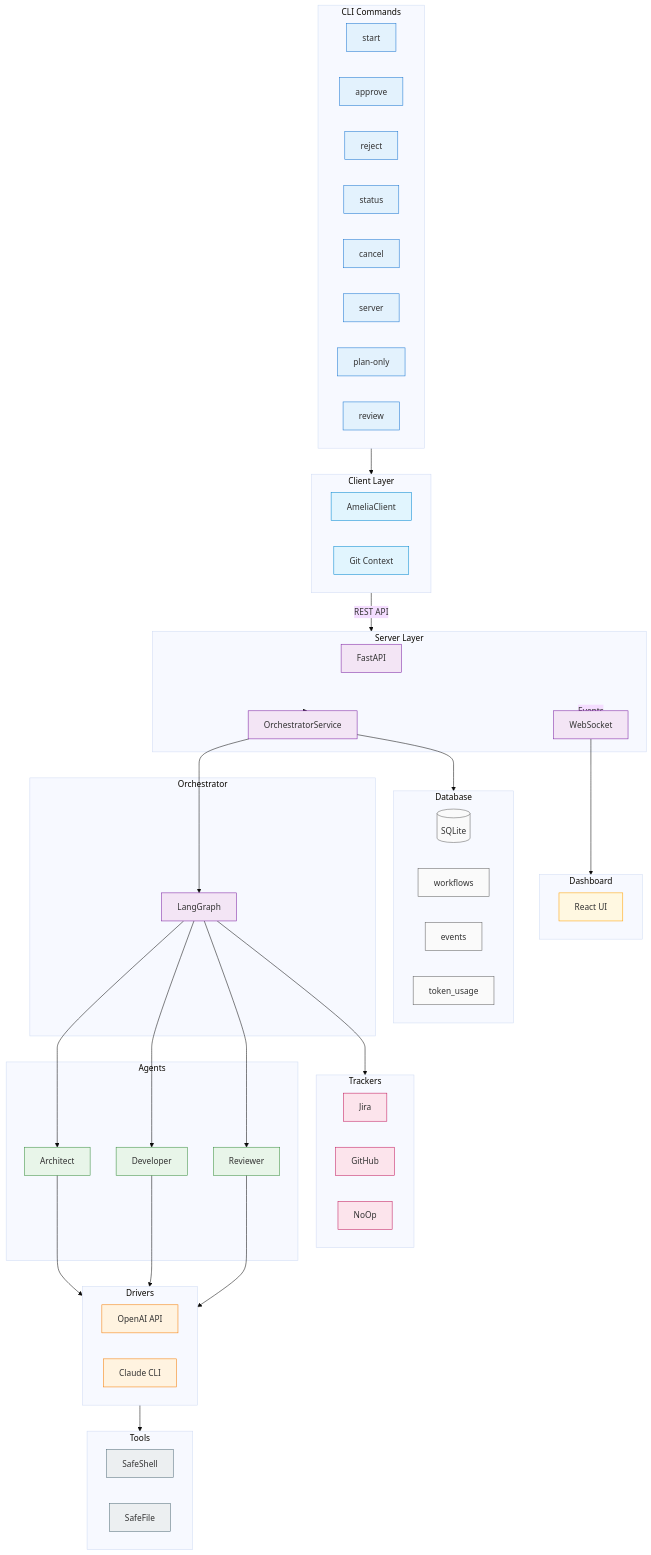
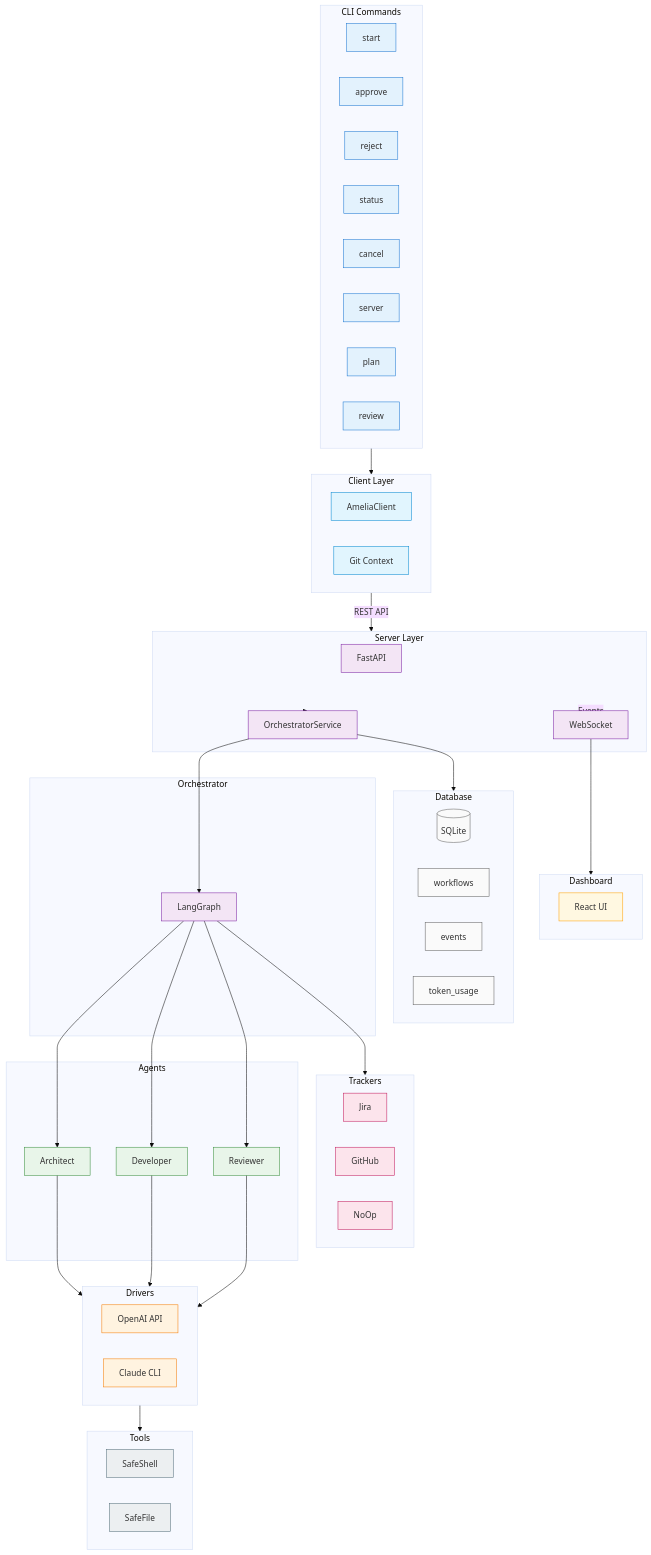
Before and after one commit to anderskev/amelia: the first of 2 diagrams in docs/site/architecture/overview.md, drawn with Mermaid (base theme). The commit also changed other lines of this file and 39 other files, not shown here.

```diff
--- a/docs/site/architecture/overview.md
+++ b/docs/site/architecture/overview.md
@@ -29,7 +29,7 @@
         status[status]
         cancel[cancel]
         server[server]
-        plan[plan-only]
+        plan[plan]
         review[review]
     end
 
```
